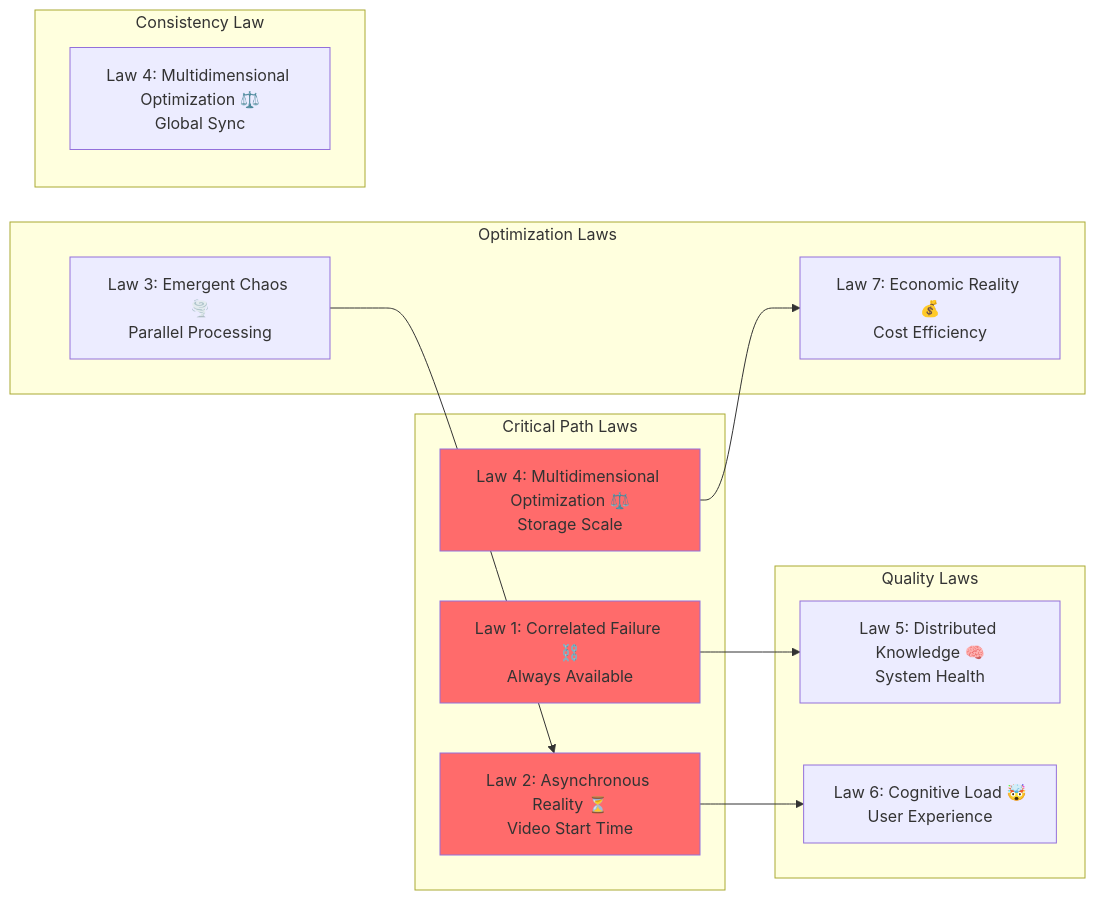
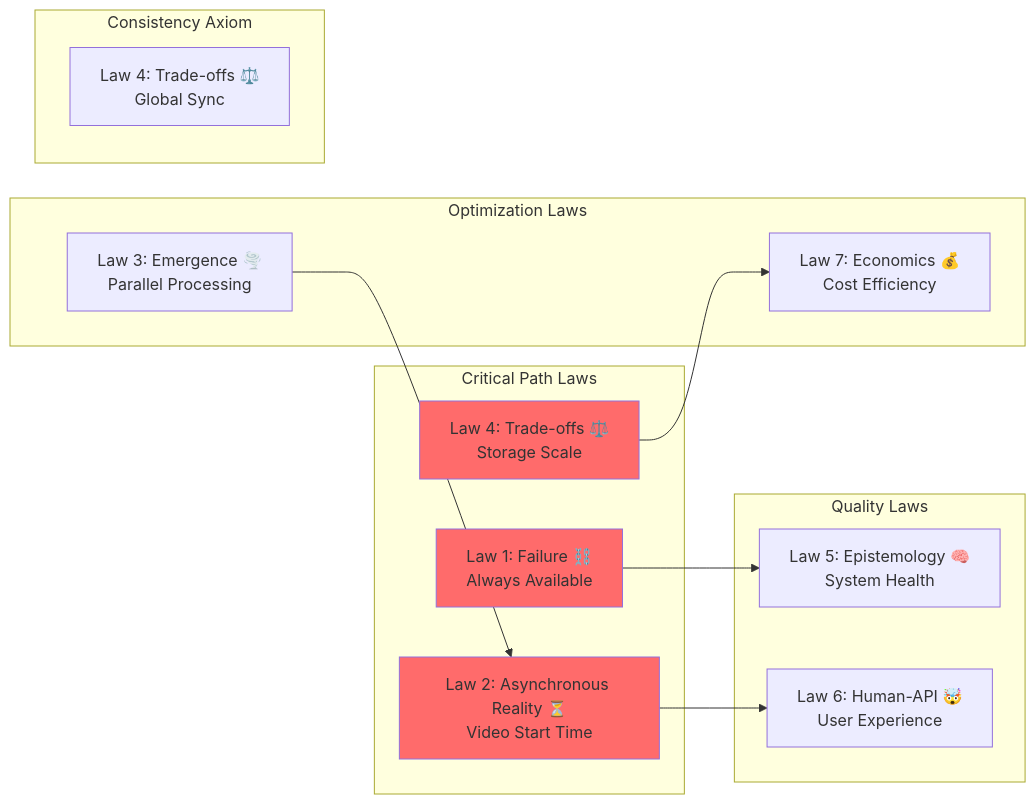
Diagram 20 of 27 in docs/case-studies/youtube.md (deepaucksharma/DStudio), drawn with Mermaid before and after one commit. The commit also changed other lines of this file and 470 other files, not shown here.

````diff
--- a/docs/case-studies/youtube.md
+++ b/docs/case-studies/youtube.md
@@ -974,31 +974,31 @@
 ```mermaid
 graph LR
     subgraph "Critical Path Laws"
         A1[Law 2: Asynchronous Reality ⏳<br/>Video Start Time]
-        A2[Law 4: Multidimensional Optimization ⚖️<br/>Storage Scale]
-        A3[Law 1: Correlated Failure ⛓️<br/>Always Available]
+        A2[Law 4: Trade-offs ⚖️<br/>Storage Scale]
+        A3[Law 1: Failure ⛓️<br/>Always Available]
     end
     
     subgraph "Optimization Laws"
-        A4[Law 3: Emergent Chaos 🌪️<br/>Parallel Processing]
-        A8[Law 7: Economic Reality 💰<br/>Cost Efficiency]
+        A4[Law 3: Emergence 🌪️<br/>Parallel Processing]
+        A8[Law 7: Economics 💰<br/>Cost Efficiency]
     end
     
     subgraph "Quality Laws"
-        A6[Law 5: Distributed Knowledge 🧠<br/>System Health]
-        A7[Law 6: Cognitive Load 🤯<br/>User Experience]
+        A6[Law 5: Epistemology 🧠<br/>System Health]
+        A7[Law 6: Human-API 🤯<br/>User Experience]
     end
     
-    subgraph "Consistency Law"
-        A5[Law 4: Multidimensional Optimization ⚖️<br/>Global Sync]
+    subgraph "Consistency Axiom"
+        A5[Law 4: Trade-offs ⚖️<br/>Global Sync]
     end
     
     A1 --> A7
     A2 --> A8
     A3 --> A6
     A4 --> A1
     
     style A1 fill:#ff6b6b
     style A2 fill:#ff6b6b
     style A3 fill:#ff6b6b
 ```
````
